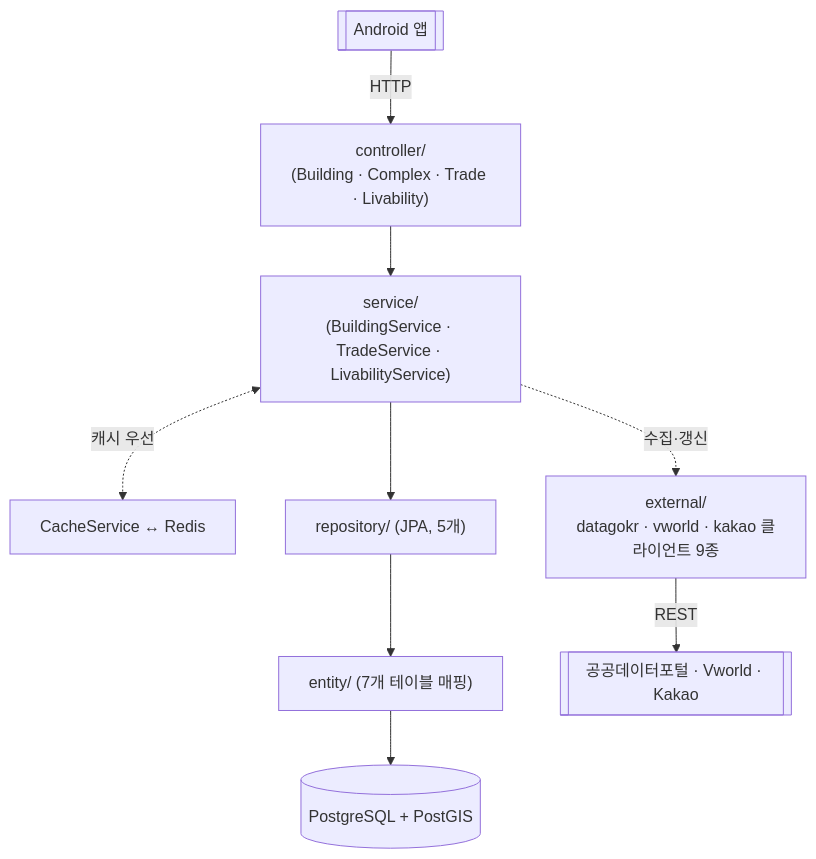
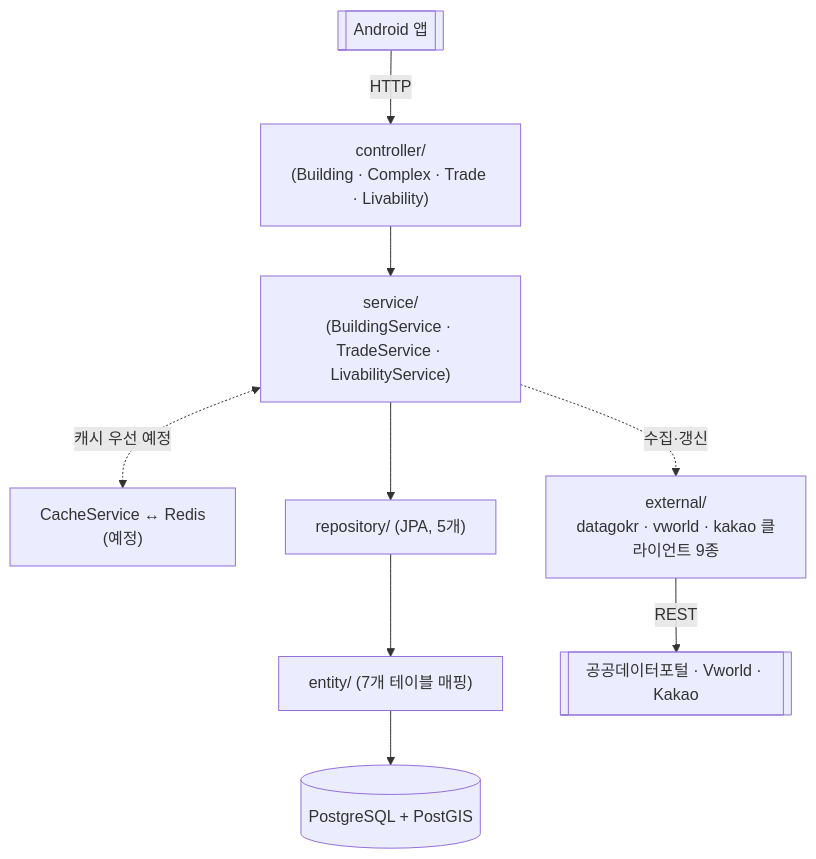
Before and after one commit to Facical/ARProperty: the second of 4 diagrams in docs/backend-architecture.md, drawn with Mermaid. The commit also changed other lines of this file and 42 other files, not shown here.

Commit message:
feat: stabilize Okgye AR demo flow

````diff
--- a/docs/backend-architecture.md
+++ b/docs/backend-architecture.md
@@ -214,21 +219,21 @@
 ```mermaid
 flowchart TB
   CLIENT[["Android 앱"]]
   CTRL["controller/<br/>(Building · Complex · Trade · Livability)"]
   SVC["service/<br/>(BuildingService · TradeService · LivabilityService)"]
-  CACHE["CacheService ↔ Redis"]
+  CACHE["CacheService ↔ Redis<br/>(예정)"]
   REPO["repository/ (JPA, 5개)"]
   ENT["entity/ (7개 테이블 매핑)"]
   DB[("PostgreSQL + PostGIS")]
   EXT["external/<br/>datagokr · vworld · kakao 클라이언트 9종"]
   EXTAPI[["공공데이터포털 · Vworld · Kakao"]]
 
   CLIENT -->|HTTP| CTRL
   CTRL --> SVC
-  SVC <-.캐시 우선.-> CACHE
+  SVC <-.캐시 우선 예정.-> CACHE
   SVC --> REPO
   SVC -.수집·갱신.-> EXT
   REPO --> ENT
   ENT --> DB
   EXT -->|REST| EXTAPI
 ```
````
